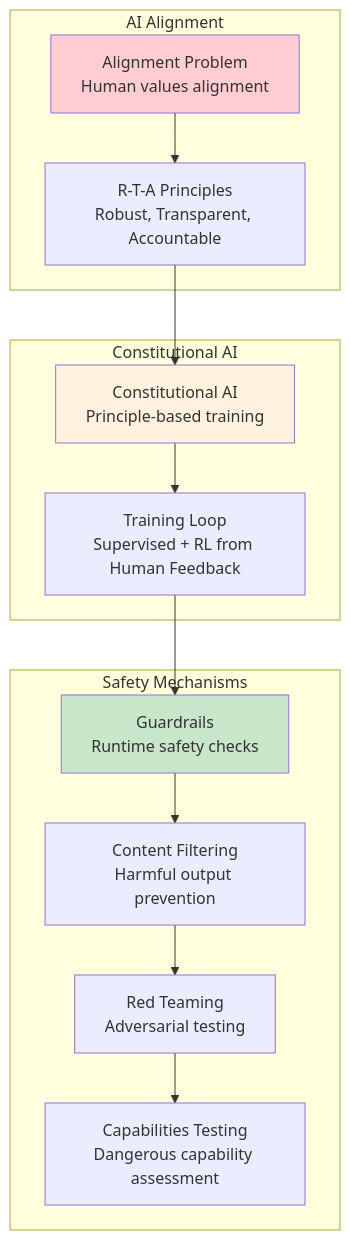
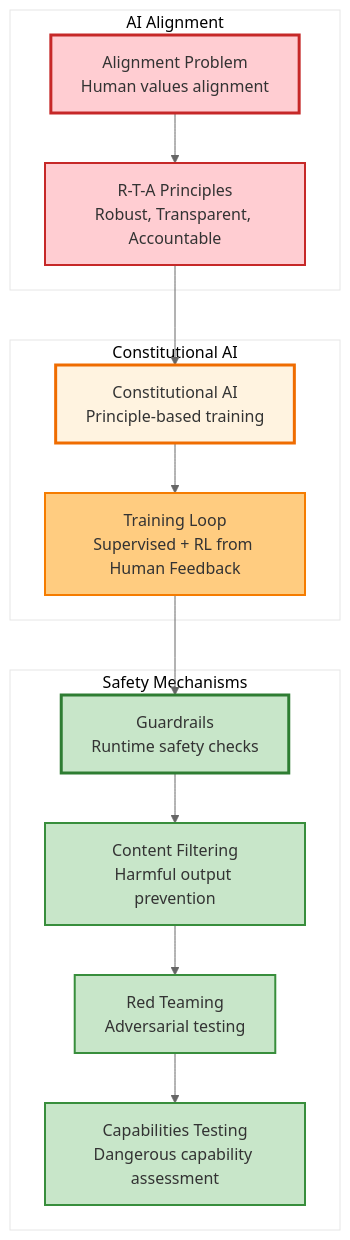
Before and after one commit to kishorekkota/kishorekkota.github.io: diagram 11 of 28 in llm_ai/ai_concepts_visualizations.md, drawn with Mermaid. The commit also changed other lines of this file and 5 other files, not shown here.

First line of the commit message:
Enhance Mermaid diagrams and fix syntax errors

````diff
--- a/llm_ai/ai_concepts_visualizations.md
+++ b/llm_ai/ai_concepts_visualizations.md
@@ -389,31 +515,39 @@
 ```mermaid
+%%{init: {'theme':'base', 'themeVariables': { 'primaryColor': '#ffffff', 'primaryTextColor': '#333333', 'primaryBorderColor': '#cccccc', 'lineColor': '#666666'}}}%%
 graph TB
     subgraph "AI Alignment"
         AP[Alignment Problem<br/>Human values alignment]
         RTA[R-T-A Principles<br/>Robust, Transparent, Accountable]
     end
     
     subgraph "Constitutional AI"
         CAI[Constitutional AI<br/>Principle-based training]
         CTL[Training Loop<br/>Supervised + RL from Human Feedback]
     end
     
     subgraph "Safety Mechanisms"
         GR[Guardrails<br/>Runtime safety checks]
         CF[Content Filtering<br/>Harmful output prevention]
         RT[Red Teaming<br/>Adversarial testing]
         CT[Capabilities Testing<br/>Dangerous capability assessment]
     end
     
     AP --> RTA
     RTA --> CAI
     CAI --> CTL
     CTL --> GR
     GR --> CF
     CF --> RT
     RT --> CT
     
-    style AP fill:#ffcdd2
-    style CAI fill:#fff3e0
-    style GR fill:#c8e6c9
+    style AP fill:#ffcdd2,stroke:#c62828,stroke-width:3px
+    style CAI fill:#fff3e0,stroke:#ef6c00,stroke-width:3px
+    style GR fill:#c8e6c9,stroke:#2e7d32,stroke-width:3px
+    style RTA fill:#ffcdd2,stroke:#c62828,stroke-width:2px
+    style CTL fill:#ffcc80,stroke:#f57c00,stroke-width:2px
+    style CF fill:#c8e6c9,stroke:#388e3c,stroke-width:2px
+    style RT fill:#c8e6c9,stroke:#388e3c,stroke-width:2px
+    style CT fill:#c8e6c9,stroke:#388e3c,stroke-width:2px
+
+
 ```
````
